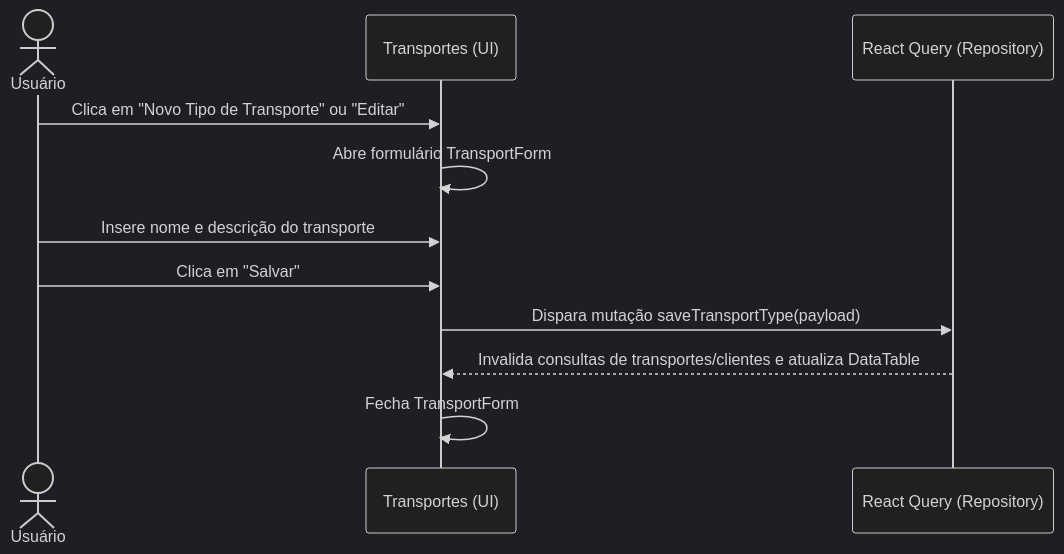
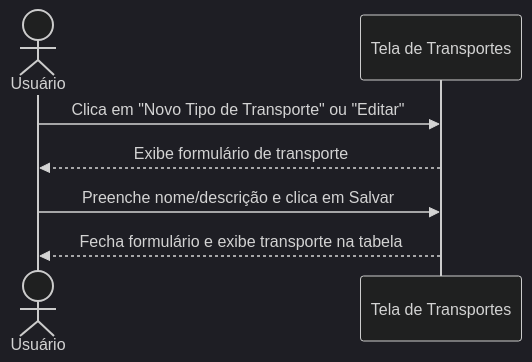
One commit to EdDevFront/sales-order-management-system changed the first of 2 diagrams in docs/transports/README.md. Above: the diagram before and after it, drawn with Mermaid (dark theme). The commit also changed other lines of this file and 5 other files, not shown here.

Commit message:
docs: add technical and non-technical sequence diagrams for all pages

````diff
--- a/docs/transports/README.md
+++ b/docs/transports/README.md
@@ -11,14 +13,10 @@
 ```mermaid
 sequenceDiagram
     actor Usuario as Usuário
-    participant UI as Transportes (UI)
-    participant Repo as React Query (Repository)
+    participant Tela as Tela de Transportes
 
-    Usuario->>UI: Clica em "Novo Tipo de Transporte" ou "Editar"
-    UI->>UI: Abre formulário TransportForm
-    Usuario->>UI: Insere nome e descrição do transporte
-    Usuario->>UI: Clica em "Salvar"
-    UI->>Repo: Dispara mutação saveTransportType(payload)
-    Repo-->>UI: Invalida consultas de transportes/clientes e atualiza DataTable
-    UI->>UI: Fecha TransportForm
+    Usuario->>Tela: Clica em "Novo Tipo de Transporte" ou "Editar"
+    Tela-->>Usuario: Exibe formulário de transporte
+    Usuario->>Tela: Preenche nome/descrição e clica em Salvar
+    Tela-->>Usuario: Fecha formulário e exibe transporte na tabela
 ```
````
